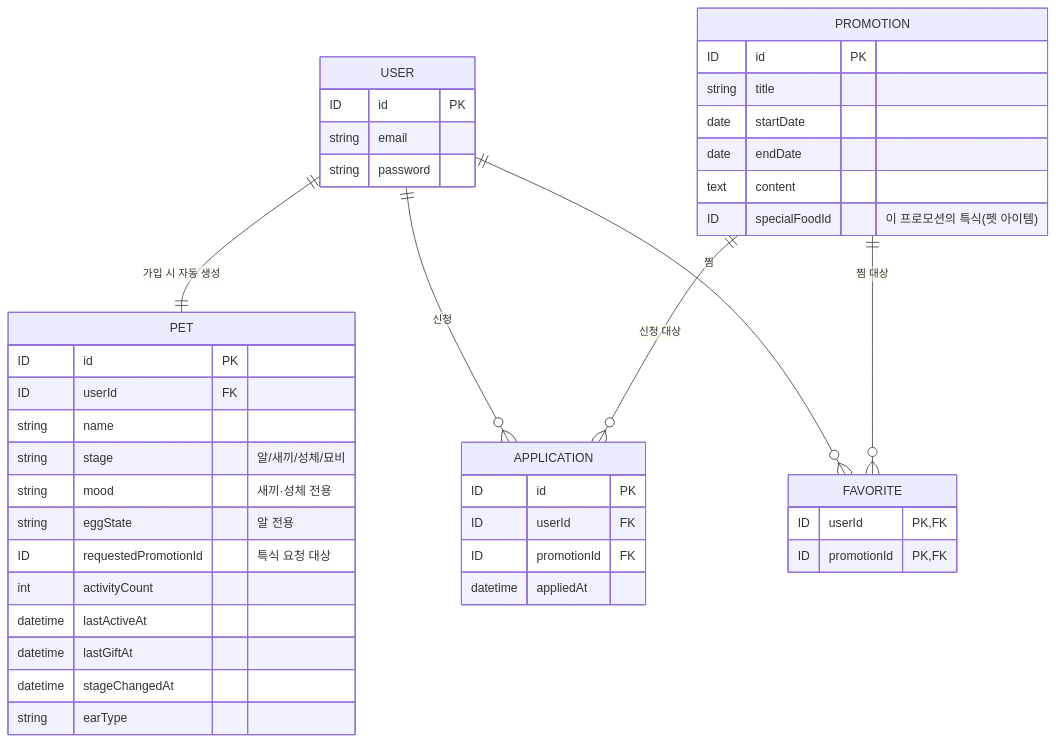
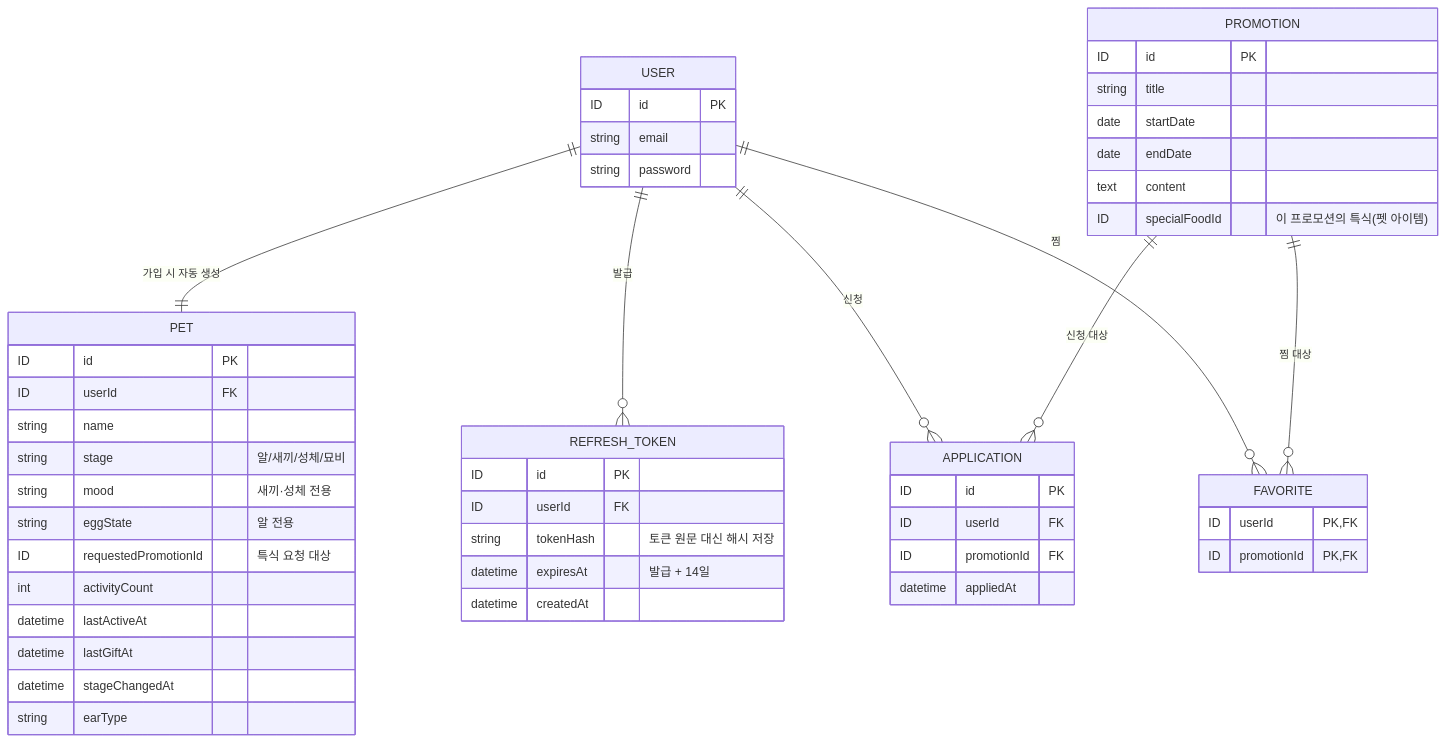
The diagram in docs/9-erd.md (chaeuk-60/b2b-promo), drawn with Mermaid before and after one commit. The commit also changed other lines of this file and 4 other files, not shown here.

````diff
--- a/docs/9-erd.md
+++ b/docs/9-erd.md
@@ -5,50 +5,59 @@
 ```mermaid
 erDiagram
     USER ||--|| PET : "가입 시 자동 생성"
+    USER ||--o{ REFRESH_TOKEN : "발급"
     USER ||--o{ APPLICATION : "신청"
     USER ||--o{ FAVORITE : "찜"
     PROMOTION ||--o{ APPLICATION : "신청 대상"
     PROMOTION ||--o{ FAVORITE : "찜 대상"
 
     USER {
         ID id PK
         string email
         string password
+    }
+
+    REFRESH_TOKEN {
+        ID id PK
+        ID userId FK
+        string tokenHash "토큰 원문 대신 해시 저장"
+        datetime expiresAt "발급 + 14일"
+        datetime createdAt
     }
 
     PROMOTION {
         ID id PK
         string title
         date startDate
         date endDate
         text content
         ID specialFoodId "이 프로모션의 특식(펫 아이템)"
     }
 
     APPLICATION {
         ID id PK
         ID userId FK
         ID promotionId FK
         datetime appliedAt
     }
 
     FAVORITE {
         ID userId PK,FK
         ID promotionId PK,FK
     }
 
     PET {
         ID id PK
         ID userId FK
         string name
         string stage "알/새끼/성체/묘비"
         string mood "새끼·성체 전용"
         string eggState "알 전용"
         ID requestedPromotionId "특식 요청 대상"
         int activityCount
         datetime lastActiveAt
         datetime lastGiftAt
         datetime stageChangedAt
         string earType
     }
 ```
````
